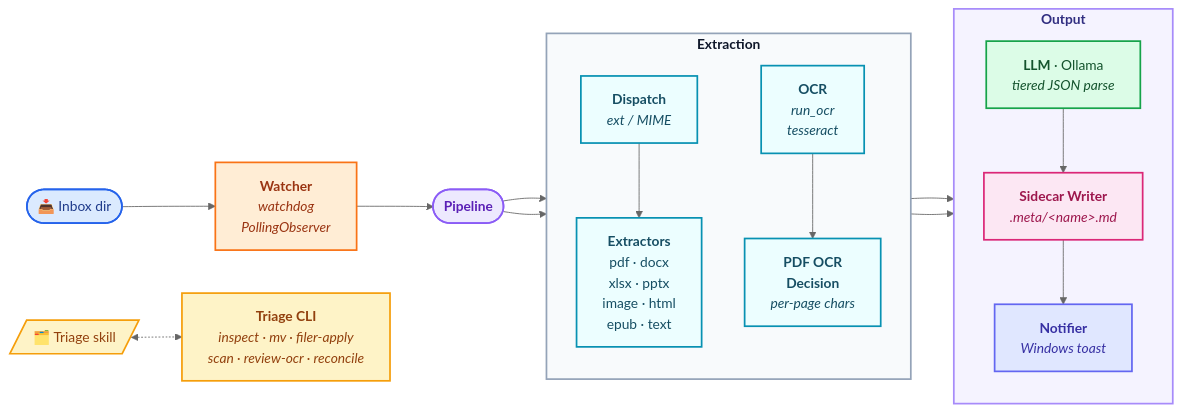
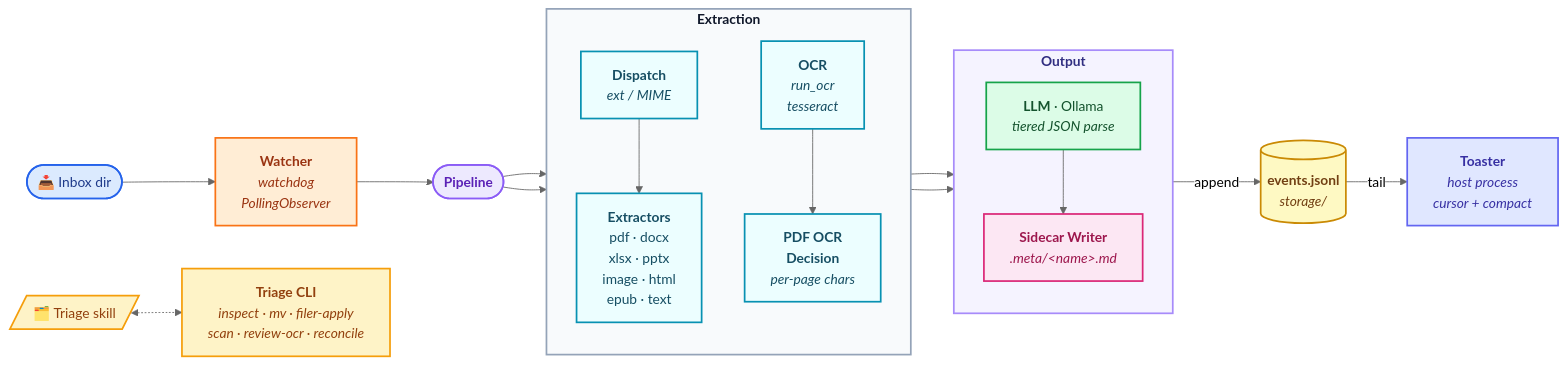
One commit to talraveh1/automafile changed the diagram in architecture.md. Above: the diagram before and after it, drawn with Mermaid (neutral theme). The commit also changed other lines of this file and 13 other files, not shown here.

First line of the commit message:
Implement toaster functionality for Windows notifications

````diff
--- a/architecture.md
+++ b/architecture.md
@@ -3,42 +3,46 @@
 ```mermaid
 flowchart LR
    inbox(["📥 Inbox dir"]):::source
    watcher["<b>Watcher</b><br/><i>watchdog<br/>PollingObserver</i>"]:::watch
    pipeline(["<b>Pipeline</b>"]):::core
 
    subgraph extract ["<b>Extraction</b>"]
       direction TB
       dispatch["<b>Dispatch</b><br/><i>ext / MIME</i>"]:::stage
       extractors["<b>Extractors</b><br/>pdf · docx<br/>xlsx · pptx<br/>image · html<br/>epub · text"]:::stage
       ocr["<b>OCR</b><br/><i>run_ocr<br/>tesseract</i>"]:::stage
       ocr_decision["<b>PDF OCR<br/>Decision</b><br/><i>per-page chars</i>"]:::stage
    end
 
    subgraph output ["<b>Output</b>"]
       direction TB
       llm["<b>LLM</b> · Ollama<br/><i>tiered JSON parse</i>"]:::ai
       writers["<b>Sidecar Writer</b><br/><i>.meta/&lt;name&gt;.md</i>"]:::write
-      notifier["<b>Notifier</b><br/><i>Windows toast</i>"]:::notify
-      writers --> notifier
    end
+
+   events[("<b>events.jsonl</b><br/><i>storage/</i>")]:::journal
+   toaster["<b>Toaster</b><br/><i>host process<br/>cursor + compact</i>"]:::notify
 
    cli["<b>Triage CLI</b><br/><i>inspect · mv · filer-apply<br/>scan · review-ocr · reconcile</i>"]:::tool
    triage[/"🗂️ Triage skill"/]:::tool
 
    inbox --> watcher --> pipeline
    pipeline --> dispatch --> extractors --> output
    pipeline --> ocr --> ocr_decision --> output
    llm --> writers
+   writers -->|append| events
+   events -->|tail| toaster
    triage <-.-> cli
    style extract fill:#f8fafc,stroke:#94a3b8,stroke-width:2px,color:#0f172a
    style output fill:#f5f3ff,stroke:#a78bfa,stroke-width:2px,color:#312e81
 
-   classDef source fill:#dbeafe,stroke:#2563eb,stroke-width:2px,color:#1e3a8a
-   classDef watch  fill:#ffedd5,stroke:#f97316,stroke-width:2px,color:#9a3412
-   classDef core   fill:#ede9fe,stroke:#8b5cf6,stroke-width:2px,color:#5b21b6
-   classDef stage  fill:#ecfeff,stroke:#0891b2,stroke-width:2px,color:#164e63
-   classDef ai     fill:#dcfce7,stroke:#16a34a,stroke-width:2px,color:#14532d
-   classDef write  fill:#fce7f3,stroke:#db2777,stroke-width:2px,color:#9d174d
-   classDef notify fill:#e0e7ff,stroke:#6366f1,stroke-width:2px,color:#3730a3
-   classDef tool   fill:#fef3c7,stroke:#f59e0b,stroke-width:2px,color:#92400e
+   classDef source  fill:#dbeafe,stroke:#2563eb,stroke-width:2px,color:#1e3a8a
+   classDef watch   fill:#ffedd5,stroke:#f97316,stroke-width:2px,color:#9a3412
+   classDef core    fill:#ede9fe,stroke:#8b5cf6,stroke-width:2px,color:#5b21b6
+   classDef stage   fill:#ecfeff,stroke:#0891b2,stroke-width:2px,color:#164e63
+   classDef ai      fill:#dcfce7,stroke:#16a34a,stroke-width:2px,color:#14532d
+   classDef write   fill:#fce7f3,stroke:#db2777,stroke-width:2px,color:#9d174d
+   classDef journal fill:#fef9c3,stroke:#ca8a04,stroke-width:2px,color:#713f12
+   classDef notify  fill:#e0e7ff,stroke:#6366f1,stroke-width:2px,color:#3730a3
+   classDef tool    fill:#fef3c7,stroke:#f59e0b,stroke-width:2px,color:#92400e
 ```
````
